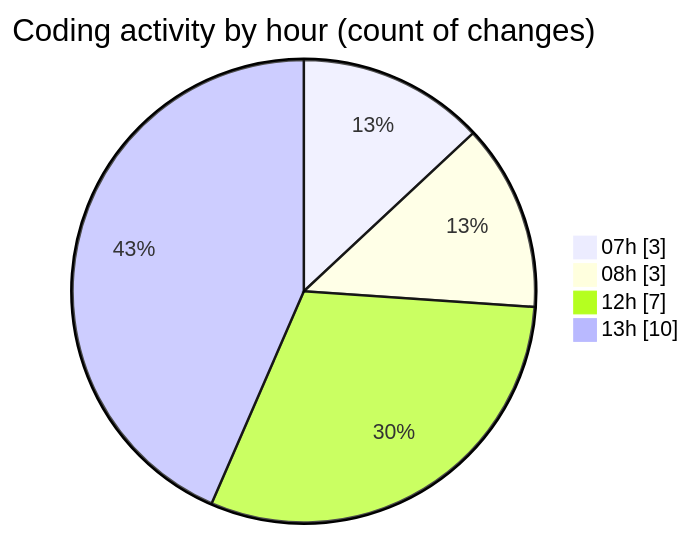
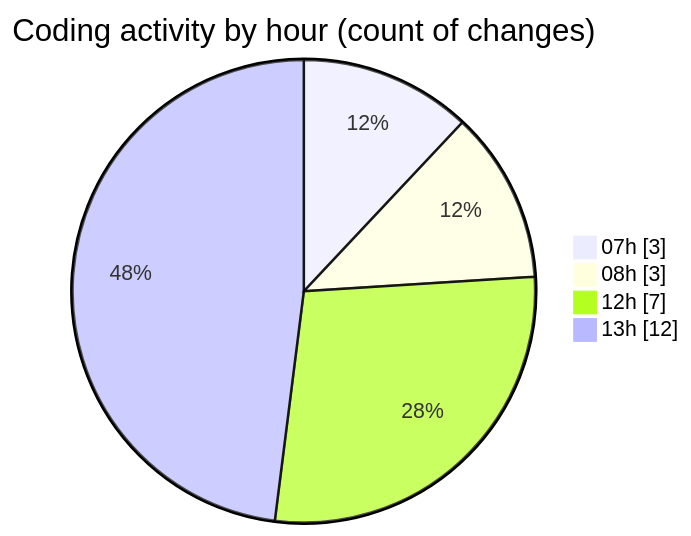
Before and after one commit to charlie-sans/code-tracking: the second of 2 diagrams in 2025-04-28/c-masm/README.md, drawn with Mermaid. The commit also changed other lines of this file and 1 other file, not shown here.

````diff
--- a/2025-04-28/c-masm/README.md
+++ b/2025-04-28/c-masm/README.md
@@ -42,8 +42,8 @@
 ```mermaid
 pie showData
 title Coding activity by hour (count of changes)
 "07h" : 3
 "08h" : 3
 "12h" : 7
-"13h" : 10
+"13h" : 12
 ```
````
